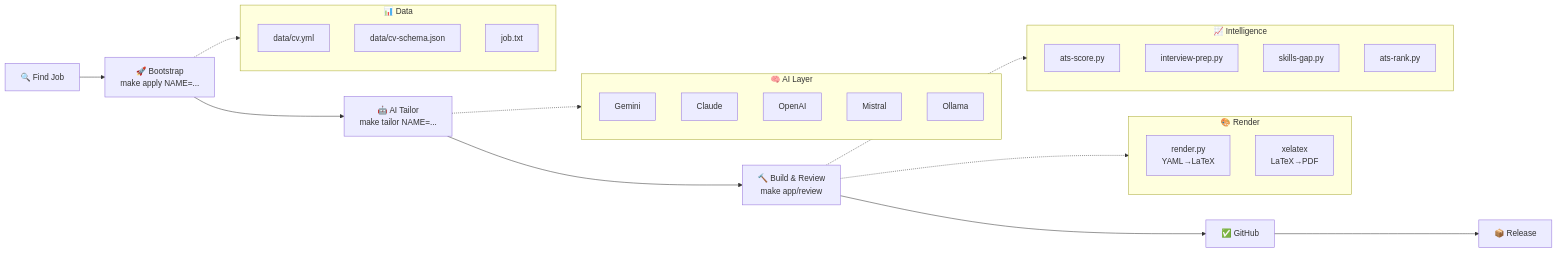
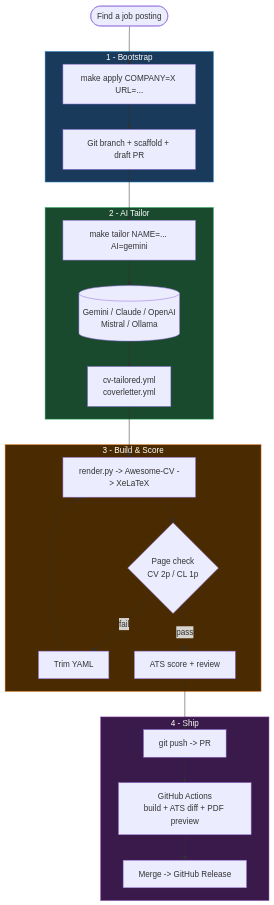
One commit to jsoyer/cv-pipeline changed the diagram in README.md. Above: the diagram before and after it, drawn with Mermaid. The commit also changed other lines of this file, not shown here.

````diff
--- a/README.md
+++ b/README.md
@@ -32,39 +45,34 @@
 ```mermaid
-graph LR
-    A["🔍 Find Job"] --> B["🚀 Bootstrap<br/>make apply NAME=..."]
-    B --> C["🤖 AI Tailor<br/>make tailor NAME=..."]
-    C --> D["🔨 Build & Review<br/>make app/review"]
-    D --> E["✅ GitHub"]
-    E --> F["📦 Release"]
+flowchart TD
+    A([Find a job posting]) --> B
 
-    subgraph data["📊 Data"]
-        Y["data/cv.yml"]
-        S["data/cv-schema.json"]
-        J["job.txt"]
+    subgraph setup ["1 - Bootstrap"]
+        B["make apply COMPANY=X URL=..."]
+        B --> C["Git branch + scaffold + draft PR"]
     end
 
-    subgraph ai["🧠 AI Layer"]
-        G["Gemini"]
-        C2["Claude"]
-        O["OpenAI"]
-        M["Mistral"]
-        OL["Ollama"]
+    subgraph tailor ["2 - AI Tailor"]
+        C --> D["make tailor NAME=... AI=gemini"]
+        D --> E[("Gemini / Claude / OpenAI\nMistral / Ollama")]
+        E --> F["cv-tailored.yml\ncoverletter.yml"]
     end
 
-    subgraph render["🎨 Render"]
-        PY["render.py<br/>YAML→LaTeX"]
-        XL["xelatex<br/>LaTeX→PDF"]
+    subgraph build ["3 - Build & Score"]
+        F --> G["render.py -> Awesome-CV -> XeLaTeX"]
+        G --> H{"Page check\nCV 2p / CL 1p"}
+        H -->|fail| I["Trim YAML"]
+        I --> G
+        H -->|pass| J["ATS score + review"]
     end
 
-    subgraph intelligence["📈 Intelligence"]
-        ATS["ats-score.py"]
-        IP["interview-prep.py"]
-        SG["skills-gap.py"]
-        SK["ats-rank.py"]
+    subgraph cicd ["4 - Ship"]
+        J --> K["git push -> PR"]
+        K --> L["GitHub Actions\nbuild + ATS diff + PDF preview"]
+        L --> M["Merge -> GitHub Release"]
     end
 
-    C -.-> ai
-    B -.-> data
-    D -.-> render
-    D -.-> intelligence
+    style setup fill:#1a3a5c,stroke:#2e86c1,color:#fff
+    style tailor fill:#1a4a2e,stroke:#27ae60,color:#fff
+    style build fill:#4a2a00,stroke:#e67e22,color:#fff
+    style cicd fill:#3a1a4a,stroke:#8e44ad,color:#fff
 ```
````
